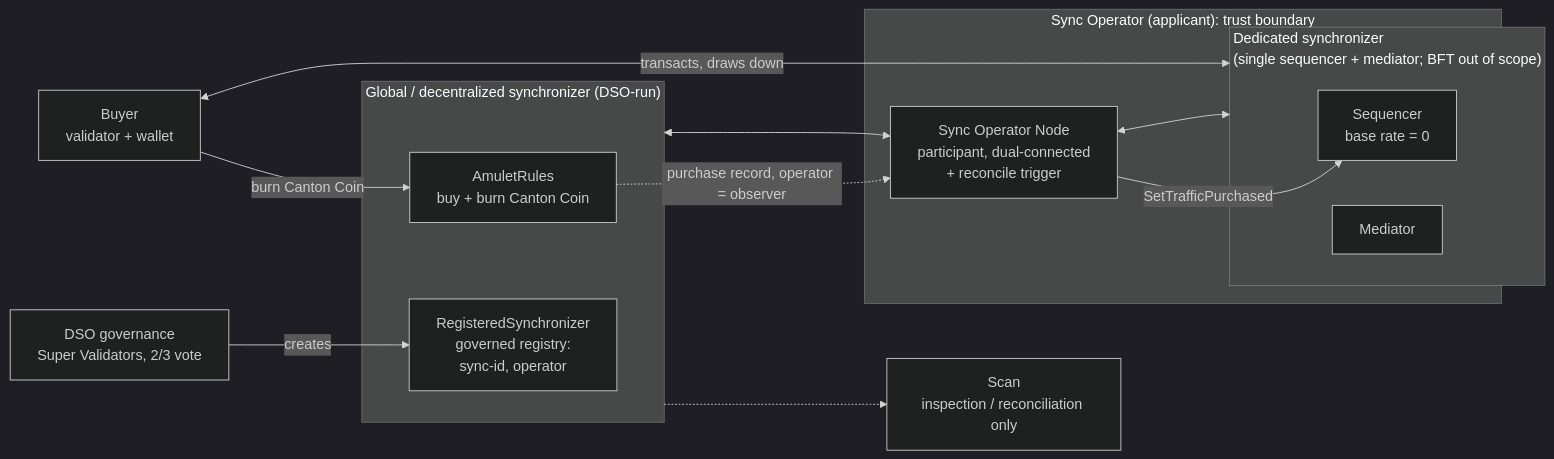
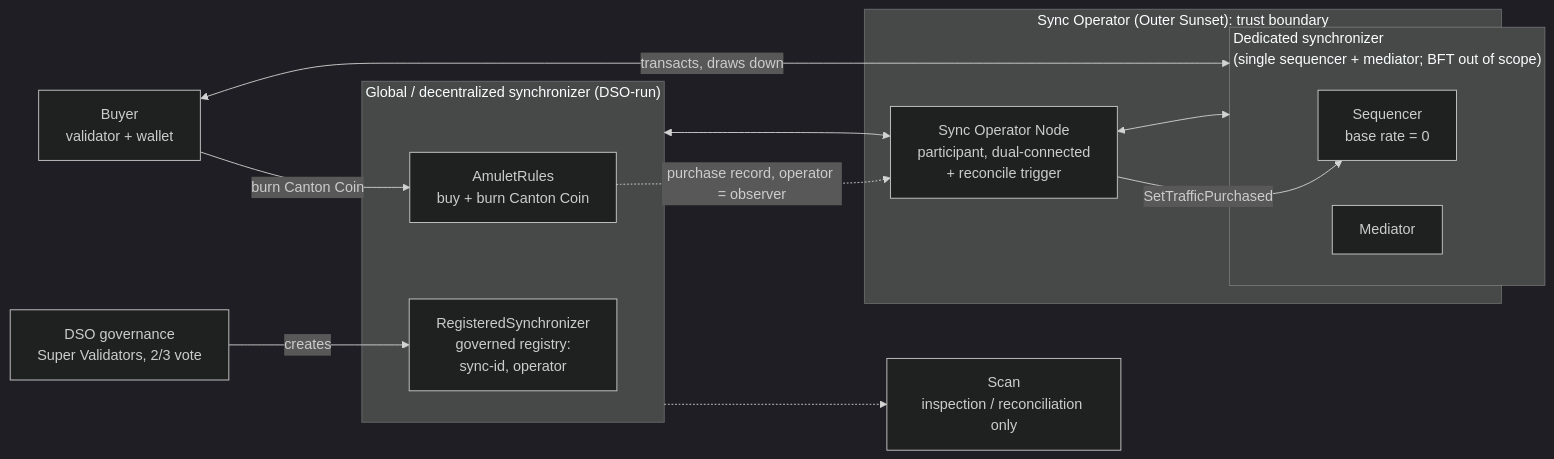
The first of 2 diagrams in docs/grant/extending-mainnet-dev-fund.md (ChainSafe/canton-extending-mainnet), drawn with Mermaid (dark theme) before and after one commit. The commit also changed other lines of this file, not shown here.

First line of the commit message:
docs(grant): integrate Peter + Tim reviews; fix Diagram B; refine milestones

````diff
--- a/docs/grant/extending-mainnet-dev-fund.md
+++ b/docs/grant/extending-mainnet-dev-fund.md
@@ -60,28 +65,28 @@
 ```mermaid
 graph LR
   DSO["DSO governance<br/>Super Validators, 2/3 vote"]
   BUYER["Buyer<br/>validator + wallet"]
   SCAN["Scan<br/>inspection / reconciliation only"]
 
   subgraph GS["Global / decentralized synchronizer (DSO-run)"]
     AR["AmuletRules<br/>buy + burn Canton Coin"]
     REG["RegisteredSynchronizer<br/>governed registry:<br/>sync-id, operator"]
   end
 
-  subgraph OP["Sync Operator (applicant): trust boundary"]
+  subgraph OP["Sync Operator (Outer Sunset): trust boundary"]
     SON["Sync Operator Node<br/>participant, dual-connected<br/>+ reconcile trigger"]
     subgraph DS["Dedicated synchronizer<br/>(single sequencer + mediator; BFT out of scope)"]
       SEQ["Sequencer<br/>base rate = 0"]
       MED["Mediator"]
     end
     SON <--> DS
   end
 
   DSO -->|creates| REG
   BUYER -->|burn Canton Coin| AR
   AR -.->|purchase record, operator = observer| SON
   SON -->|SetTrafficPurchased| SEQ
   SON <--> GS
   BUYER <-->|transacts, draws down| DS
   GS -.-> SCAN
 ```
````
